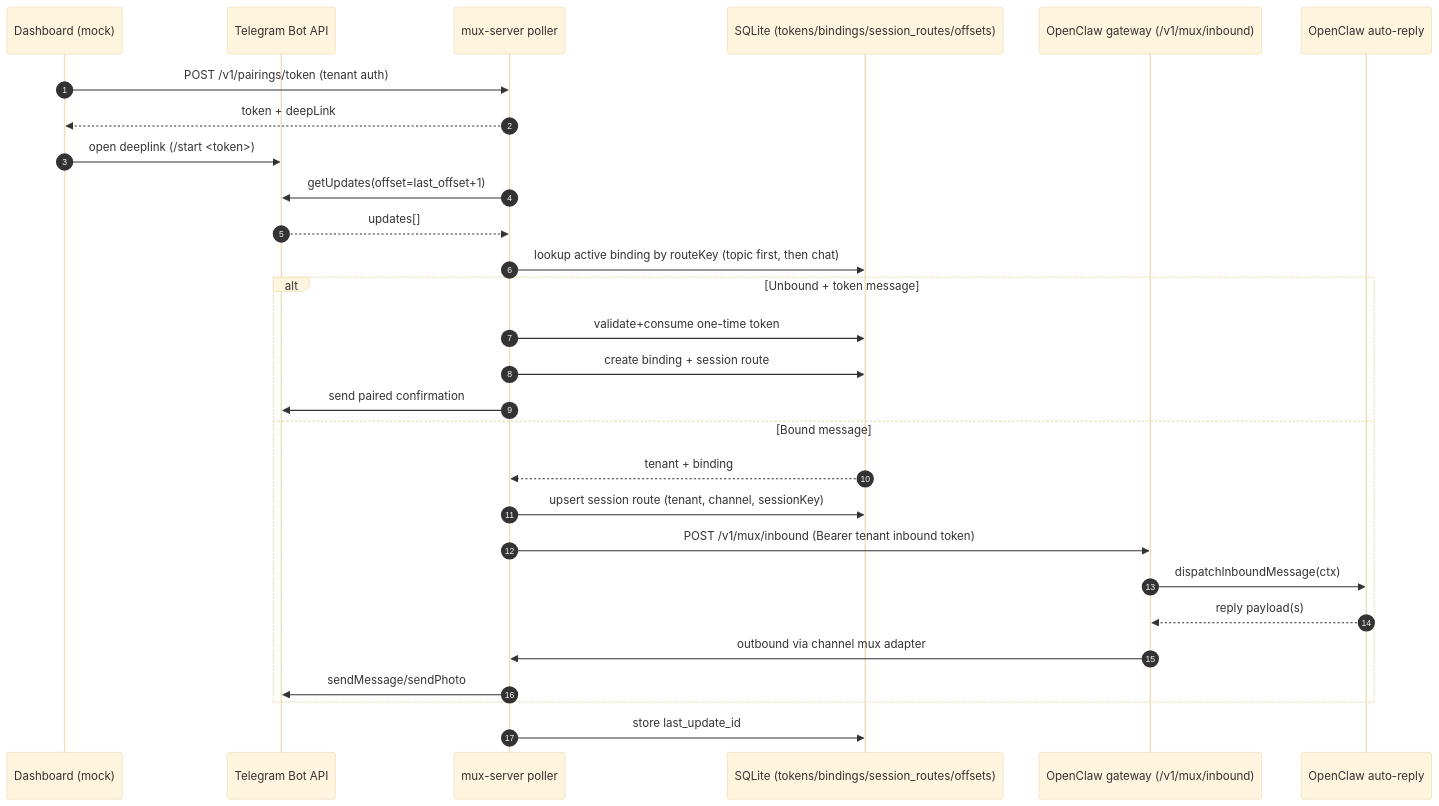
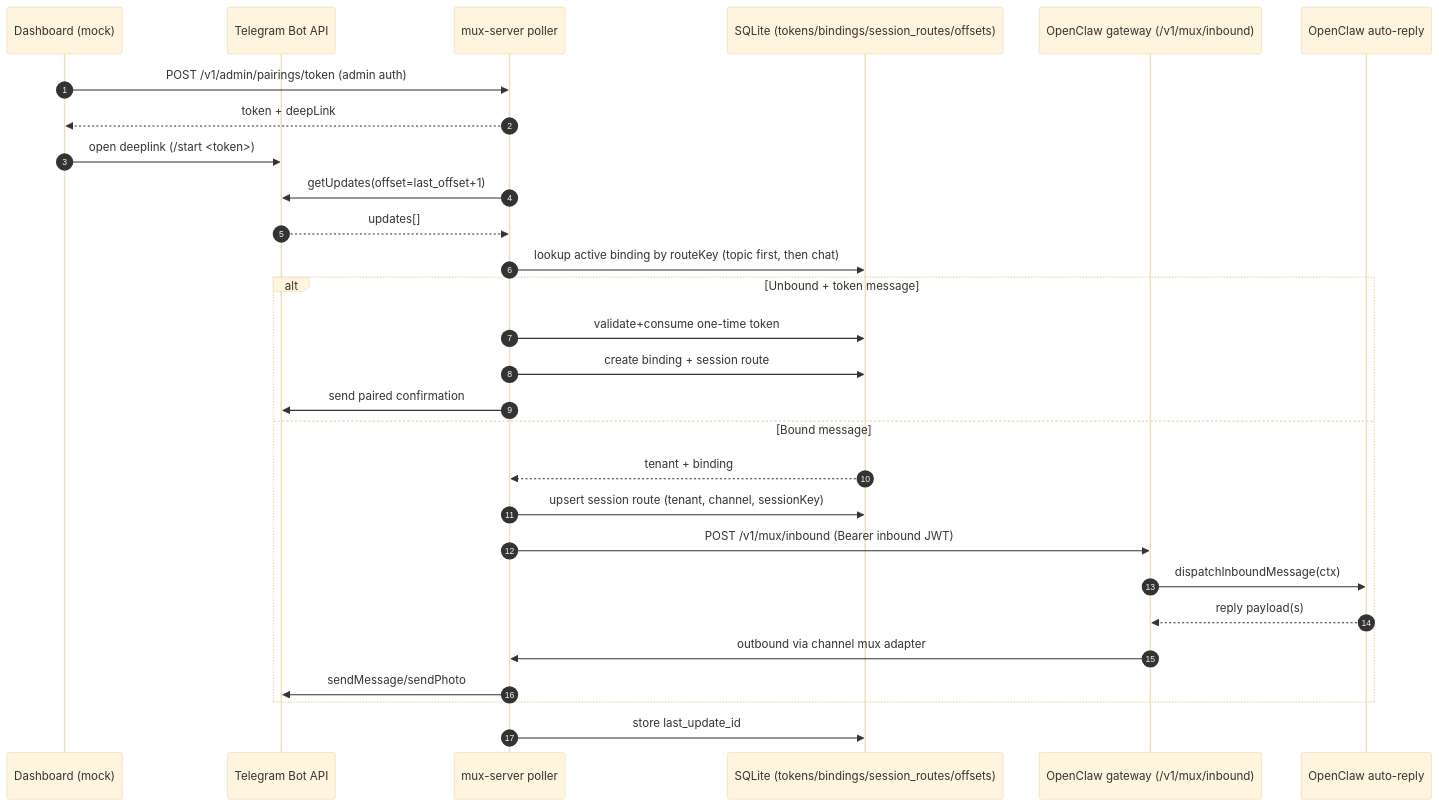
One commit to Clawdi-AI/openclaw changed the first of 2 diagrams in mux-server/README.md. Above: the diagram before and after it, drawn with Mermaid (base theme). The commit also changed other lines of this file and 18 other files, not shown here.

Commit message:
mux-server: refactor admin api and cicd scripts

````diff
--- a/mux-server/README.md
+++ b/mux-server/README.md
@@ -686,31 +644,31 @@
 ```mermaid
 sequenceDiagram
   autonumber
   participant UI as Dashboard (mock)
   participant TG as Telegram Bot API
   participant MUX as mux-server poller
   participant DB as SQLite (tokens/bindings/session_routes/offsets)
   participant OC as OpenClaw gateway (/v1/mux/inbound)
   participant AR as OpenClaw auto-reply
 
-  UI->>MUX: POST /v1/pairings/token (tenant auth)
+  UI->>MUX: POST /v1/admin/pairings/token (admin auth)
   MUX-->>UI: token + deepLink
   UI->>TG: open deeplink (/start <token>)
   MUX->>TG: getUpdates(offset=last_offset+1)
   TG-->>MUX: updates[]
   MUX->>DB: lookup active binding by routeKey (topic first, then chat)
   alt Unbound + token message
     MUX->>DB: validate+consume one-time token
     MUX->>DB: create binding + session route
     MUX->>TG: send paired confirmation
   else Bound message
     DB-->>MUX: tenant + binding
     MUX->>DB: upsert session route (tenant, channel, sessionKey)
-    MUX->>OC: POST /v1/mux/inbound (Bearer tenant inbound token)
+    MUX->>OC: POST /v1/mux/inbound (Bearer inbound JWT)
     OC->>AR: dispatchInboundMessage(ctx)
     AR-->>OC: reply payload(s)
     OC->>MUX: outbound via channel mux adapter
     MUX->>TG: sendMessage/sendPhoto
   end
   MUX->>DB: store last_update_id
 ```
````
